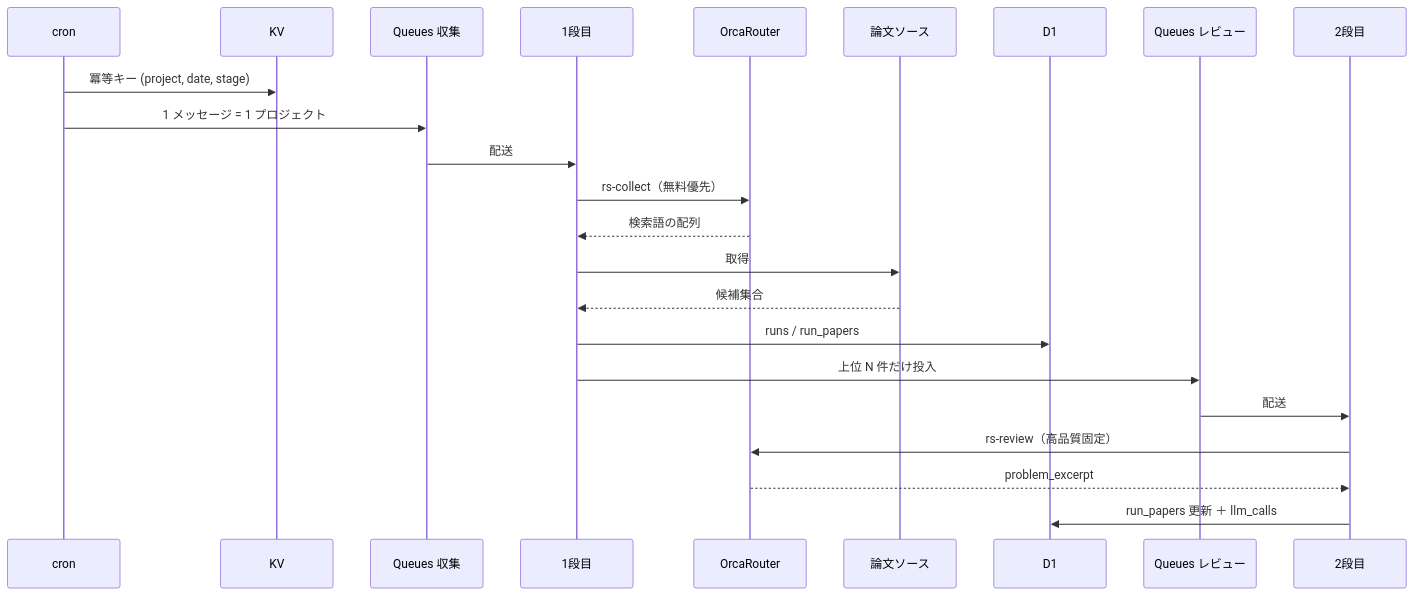
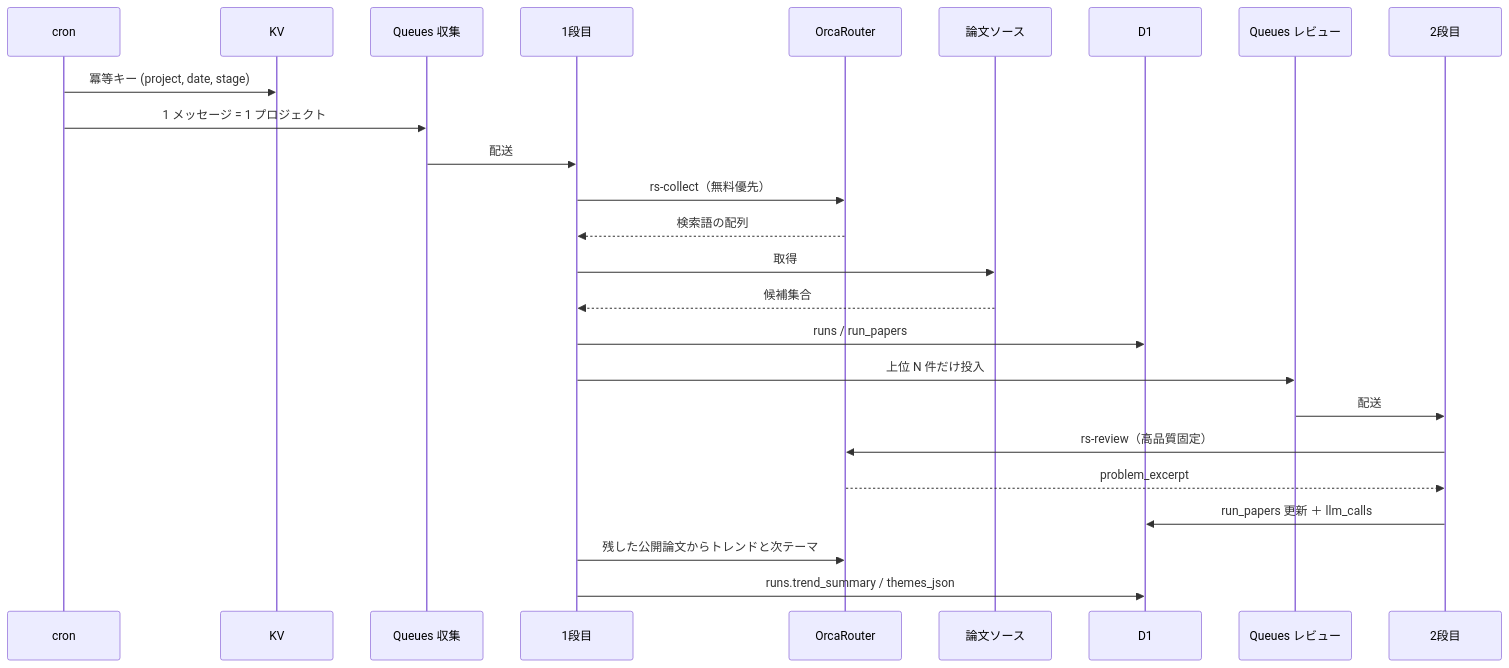
Before and after one commit to uzak0209/AI-Research: the second of 5 diagrams in docs/adr/0005-cloud-trend-survey-model-tiering.md, drawn with Mermaid. The commit also changed other lines of this file and 52 other files, not shown here.

````diff
--- a/docs/adr/0005-cloud-trend-survey-model-tiering.md
+++ b/docs/adr/0005-cloud-trend-survey-model-tiering.md
@@ -102,26 +104,28 @@
 ```mermaid
 sequenceDiagram
     participant C as cron
     participant K as KV
     participant Q1 as Queues 収集
     participant W1 as 1段目
     participant R as OrcaRouter
     participant S as 論文ソース
     participant D as D1
     participant Q2 as Queues レビュー
     participant W2 as 2段目
 
     C->>K: 冪等キー (project, date, stage)
     C->>Q1: 1 メッセージ = 1 プロジェクト
     Q1->>W1: 配送
     W1->>R: rs-collect（無料優先）
     R-->>W1: 検索語の配列
     W1->>S: 取得
     S-->>W1: 候補集合
     W1->>D: runs / run_papers
     W1->>Q2: 上位 N 件だけ投入
     Q2->>W2: 配送
     W2->>R: rs-review（高品質固定）
     R-->>W2: problem_excerpt
     W2->>D: run_papers 更新 ＋ llm_calls
+    W1->>R: 残した公開論文からトレンドと次テーマ
+    W1->>D: runs.trend_summary / themes_json
 ```
````
